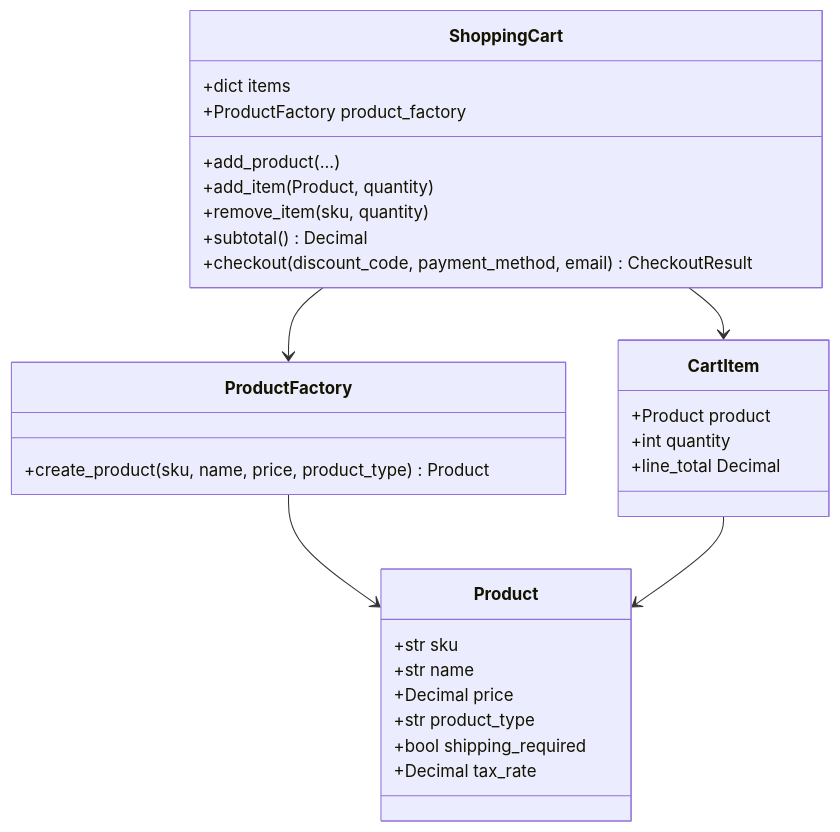
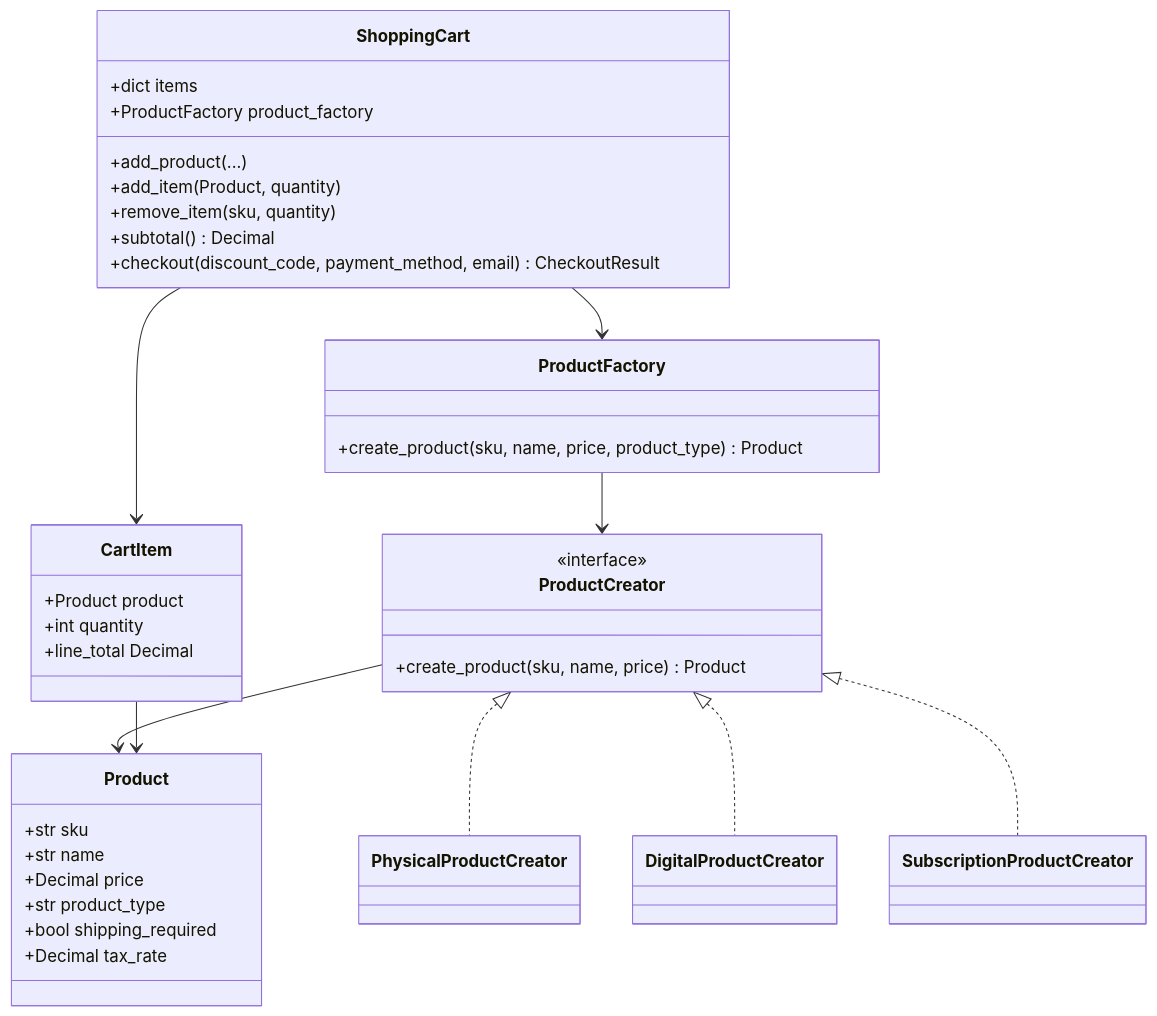
The diagram in docs/diagrams/phase1-after.mmd (ArcielB/evolving-cart-patterns), drawn with Mermaid before and after one commit. The commit also changed 6 other files, not shown here.

Commit message:
refactor: clarify Factory Method product creators

```diff
--- a/docs/diagrams/phase1-after.mmd
+++ b/docs/diagrams/phase1-after.mmd
@@ -1,34 +1,47 @@
 classDiagram
     class ProductFactory {
         +create_product(sku, name, price, product_type) Product
     }
+
+    class ProductCreator {
+        <<interface>>
+        +create_product(sku, name, price) Product
+    }
+
+    class PhysicalProductCreator
+    class DigitalProductCreator
+    class SubscriptionProductCreator
 
     class Product {
         +str sku
         +str name
         +Decimal price
         +str product_type
         +bool shipping_required
         +Decimal tax_rate
     }
 
     class CartItem {
         +Product product
         +int quantity
         +line_total Decimal
     }
 
     class ShoppingCart {
         +dict items
         +ProductFactory product_factory
         +add_product(...)
         +add_item(Product, quantity)
         +remove_item(sku, quantity)
         +subtotal() Decimal
         +checkout(discount_code, payment_method, email) CheckoutResult
     }
 
     ShoppingCart --> ProductFactory
-    ProductFactory --> Product
+    ProductFactory --> ProductCreator
+    ProductCreator --> Product
+    ProductCreator <|.. PhysicalProductCreator
+    ProductCreator <|.. DigitalProductCreator
+    ProductCreator <|.. SubscriptionProductCreator
     ShoppingCart --> CartItem
     CartItem --> Product
```
